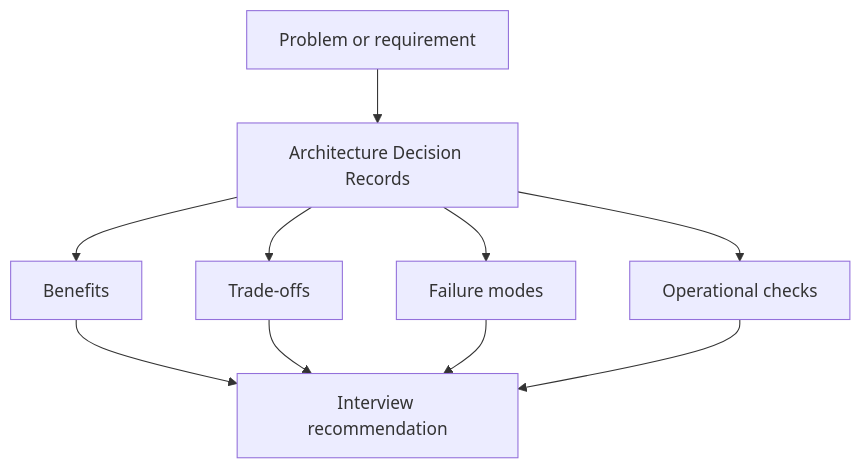
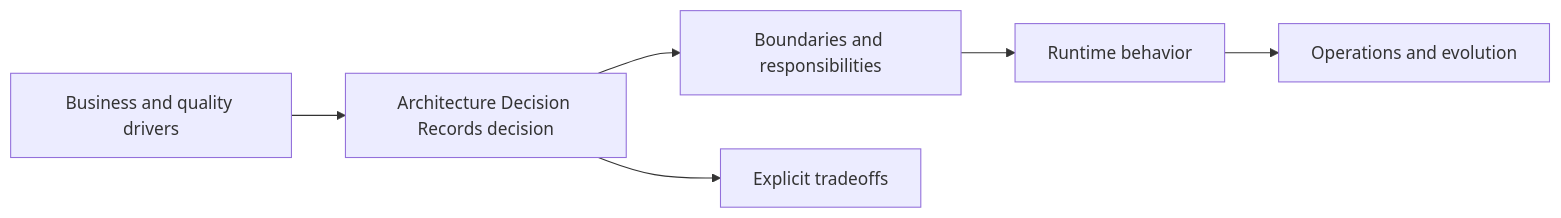
The first of 2 diagrams in architecture/decision-records/index.md (abstractinterviews/abstractinterviews.github.io), drawn with Mermaid before and after one commit. The commit also changed other lines of this file and 278 other files, not shown here.

````diff
--- a/architecture/decision-records/index.md
+++ b/architecture/decision-records/index.md
@@ -116,12 +108,8 @@
-~~~mermaid
-flowchart TD
-    Problem["Problem or requirement"] --> Concept["Architecture Decision Records"]
-    Concept --> Benefits["Benefits"]
-    Concept --> Tradeoffs["Trade-offs"]
-    Concept --> FailureModes["Failure modes"]
-    Concept --> Operations["Operational checks"]
-    Benefits --> Decision["Interview recommendation"]
-    Tradeoffs --> Decision
-    FailureModes --> Decision
-    Operations --> Decision
-~~~
+```mermaid
+flowchart LR
+    Drivers["Business and quality drivers"] --> Decision["Architecture Decision Records decision"]
+    Decision --> Structure["Boundaries and responsibilities"]
+    Structure --> Runtime["Runtime behavior"]
+    Runtime --> Ops["Operations and evolution"]
+    Decision --> Tradeoffs["Explicit tradeoffs"]
+```
````
